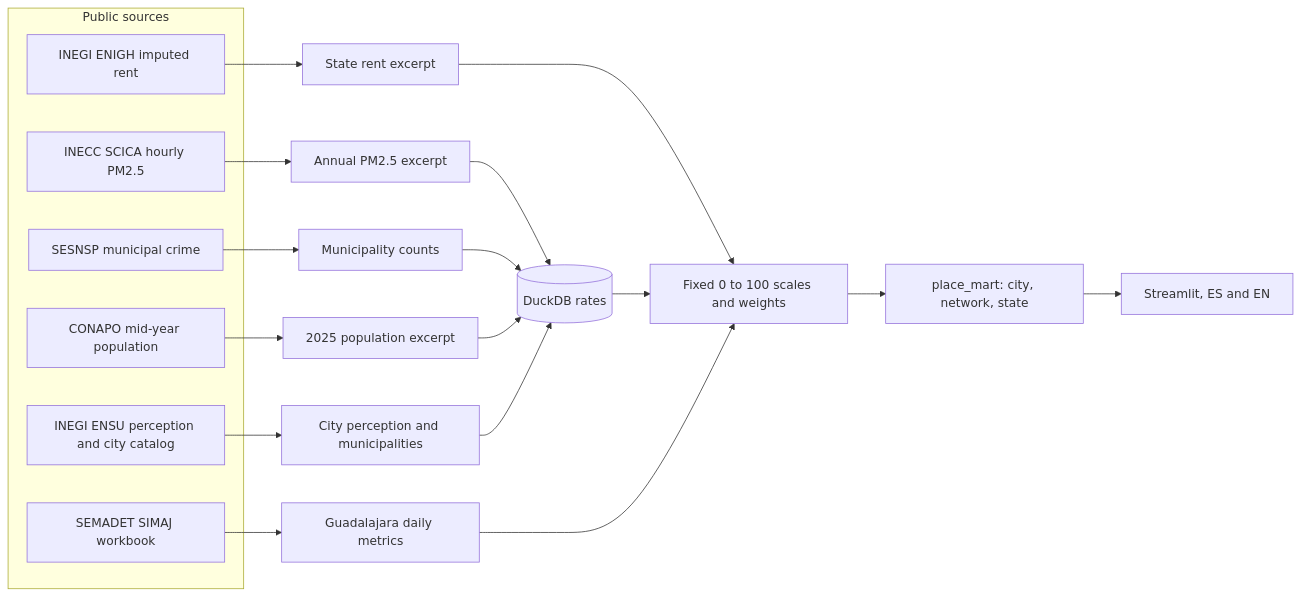
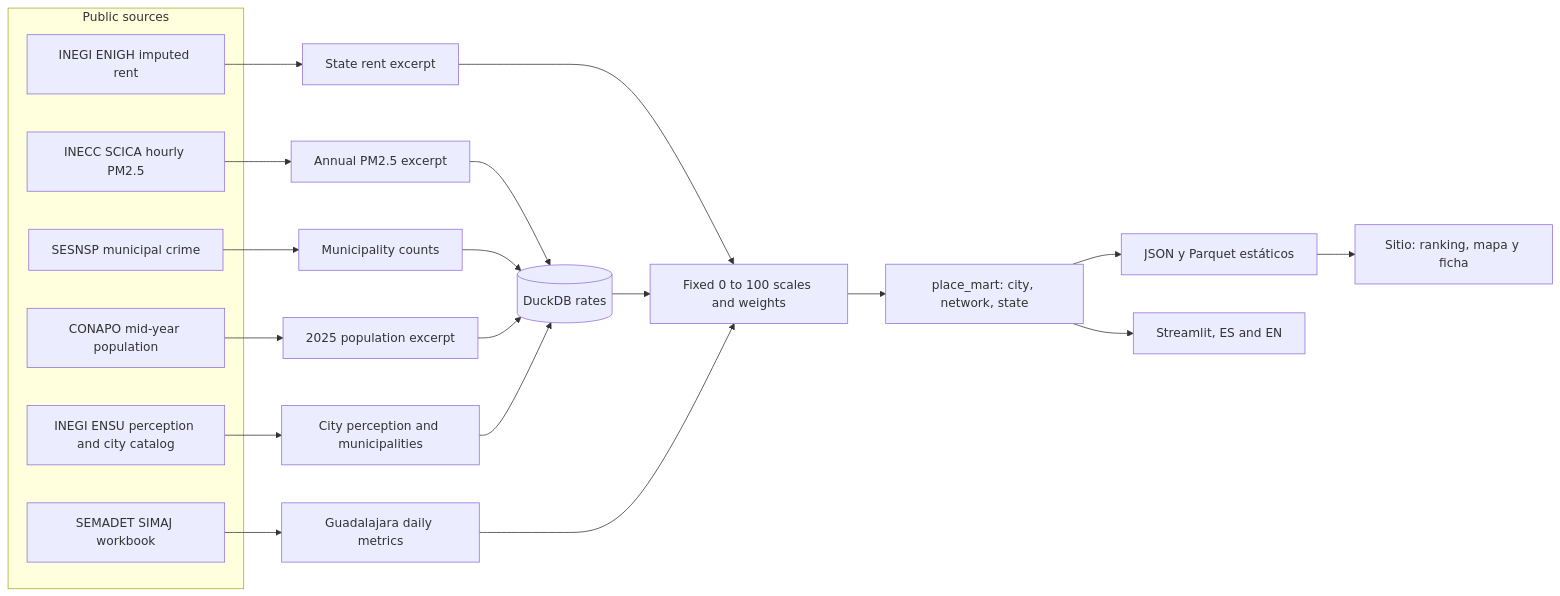
Before and after one commit to Eflores1122/mx-open-air-quality: the diagram in README.md, drawn with Mermaid. The commit also changed other lines of this file and 28 other files, not shown here.

First line of the commit message:
Sitio estático de Vivir en México: ranking, mapa y ficha (#2)

````diff
--- a/README.md
+++ b/README.md
@@ -227,26 +241,28 @@
 ```mermaid
 flowchart LR
   subgraph sources [Public sources]
     SCICA["INECC SCICA hourly PM2.5"]
     SEMADET["SEMADET SIMAJ workbook"]
     SESNSP["SESNSP municipal crime"]
     CONAPO["CONAPO mid-year population"]
     ENSU["INEGI ENSU perception and city catalog"]
     ENIGH["INEGI ENIGH imputed rent"]
   end
   SCICA --> AirExcerpt["Annual PM2.5 excerpt"]
   SEMADET --> Gdl["Guadalajara daily metrics"]
   SESNSP --> CrimeExcerpt["Municipality counts"]
   CONAPO --> PopExcerpt["2025 population excerpt"]
   ENSU --> EnsuExcerpt["City perception and municipalities"]
   ENIGH --> RentExcerpt["State rent excerpt"]
   AirExcerpt --> Duck[("DuckDB rates")]
   CrimeExcerpt --> Duck
   PopExcerpt --> Duck
   EnsuExcerpt --> Duck
   RentExcerpt --> Score["Fixed 0 to 100 scales and weights"]
   Duck --> Score
   Gdl --> Score
   Score --> Mart["place_mart: city, network, state"]
+  Mart --> Files["JSON y Parquet estáticos"]
+  Files --> Site["Sitio: ranking, mapa y ficha"]
   Mart --> App["Streamlit, ES and EN"]
 ```
````
